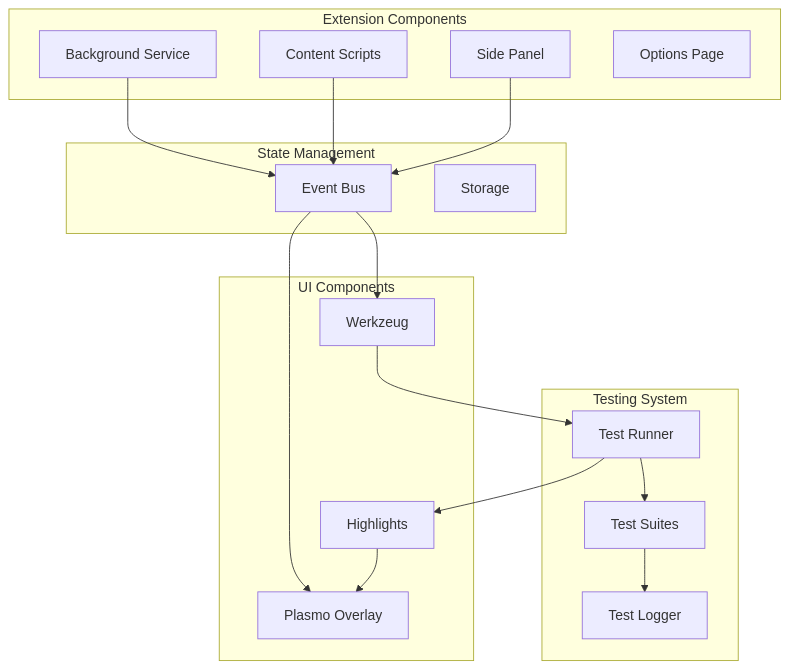
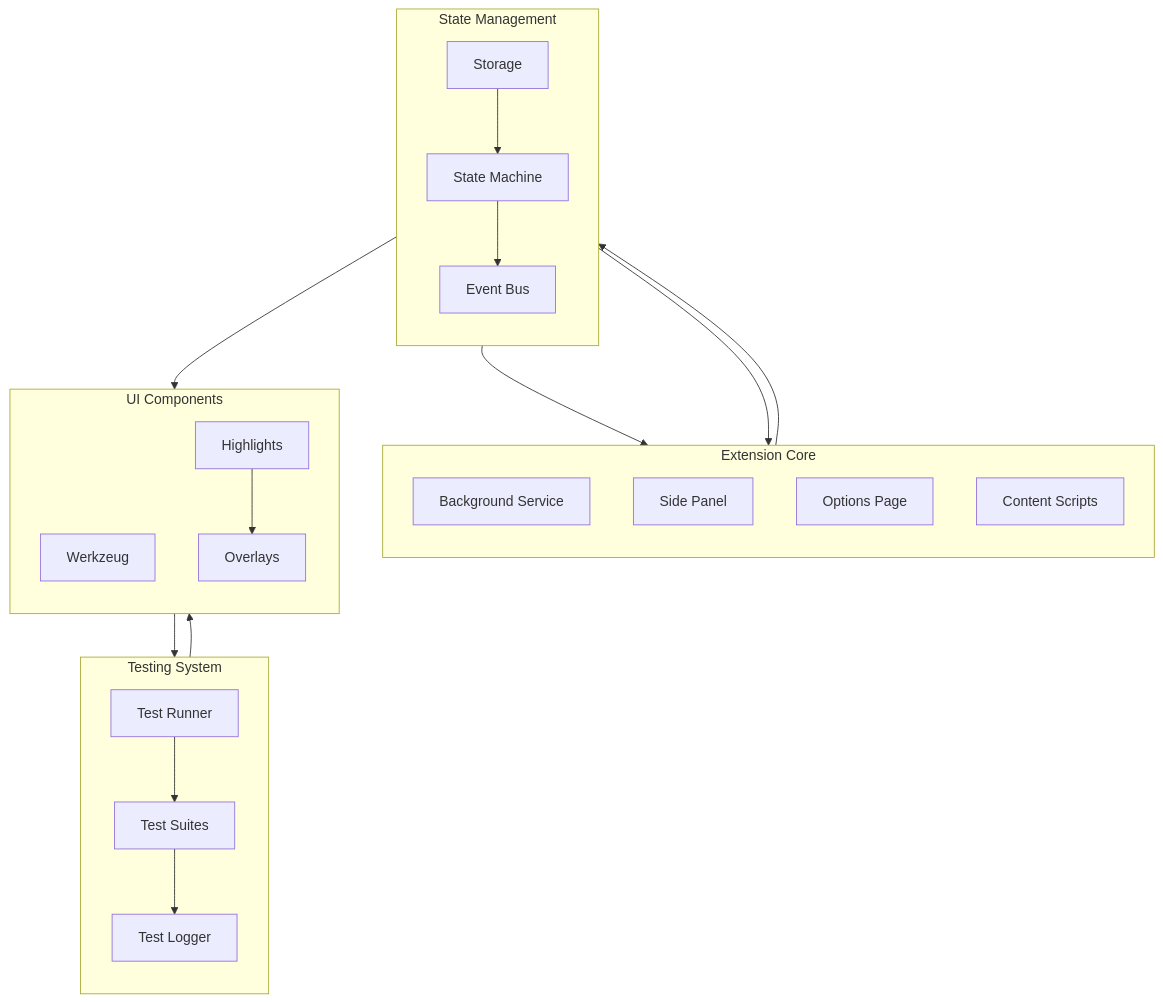
The first of 3 diagrams in apps/allystudio/README.md (AleksejDix/allyship.dev), drawn with Mermaid before and after one commit. The commit also changed other lines of this file, not shown here.

````diff
--- a/apps/allystudio/README.md
+++ b/apps/allystudio/README.md
@@ -7,37 +7,43 @@
 ```mermaid
 graph TB
-    subgraph Extension["Extension Components"]
+    subgraph Extension["Extension Core"]
+        direction TB
         B[Background Service]
-        CS[Content Scripts]
         SP[Side Panel]
         OP[Options Page]
+        CS[Content Scripts]
+    end
+
+    subgraph State["State Management"]
+        direction TB
+        SM[State Machine]
+        EB[Event Bus]
+        ST[Storage]
     end
 
     subgraph Testing["Testing System"]
+        direction TB
         TR[Test Runner]
         TS[Test Suites]
         TL[Test Logger]
     end
 
     subgraph UI["UI Components"]
+        direction TB
         W[Werkzeug]
-        PO[Plasmo Overlay]
         H[Highlights]
+        O[Overlays]
     end
 
-    subgraph State["State Management"]
-        EB[Event Bus]
-        ST[Storage]
-    end
-
-    B --> EB
-    CS --> EB
-    SP --> EB
+    B --> SM
+    SM --> EB
+    EB --> CS
+    EB --> SP
     EB --> W
-    EB --> PO
+    W --> TR
     TR --> TS
     TS --> TL
-    W --> TR
     TR --> H
-    H --> PO
+    H --> O
+    ST --> SM
 ```
````
